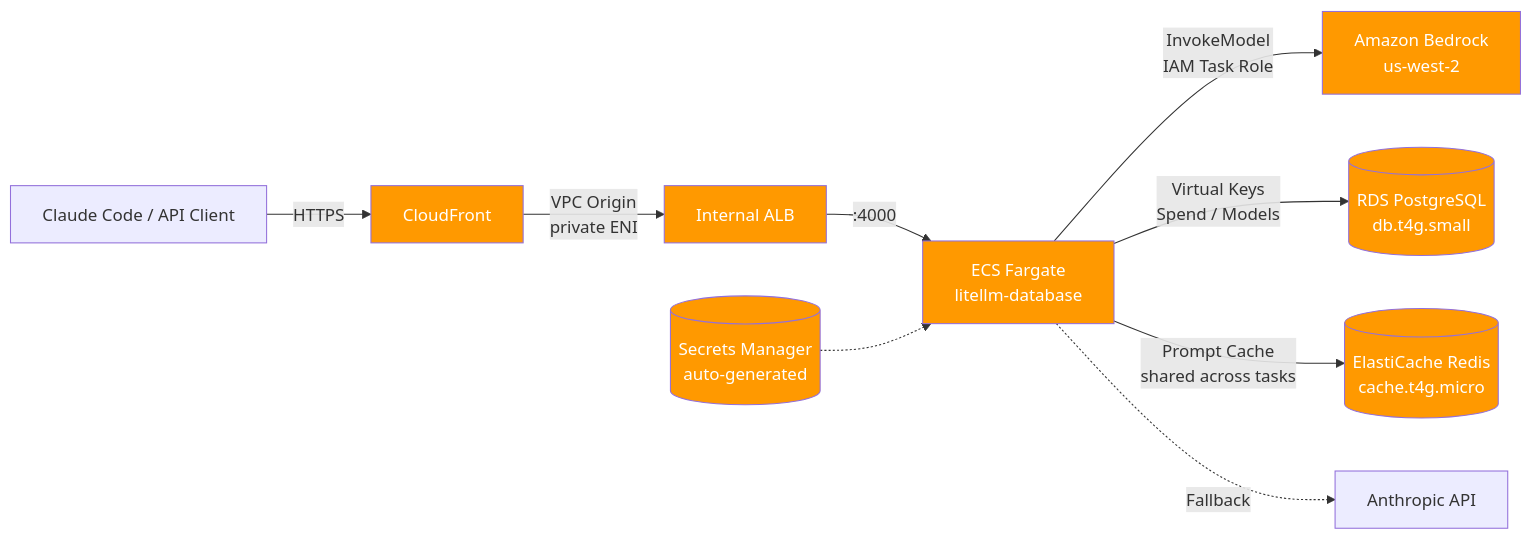
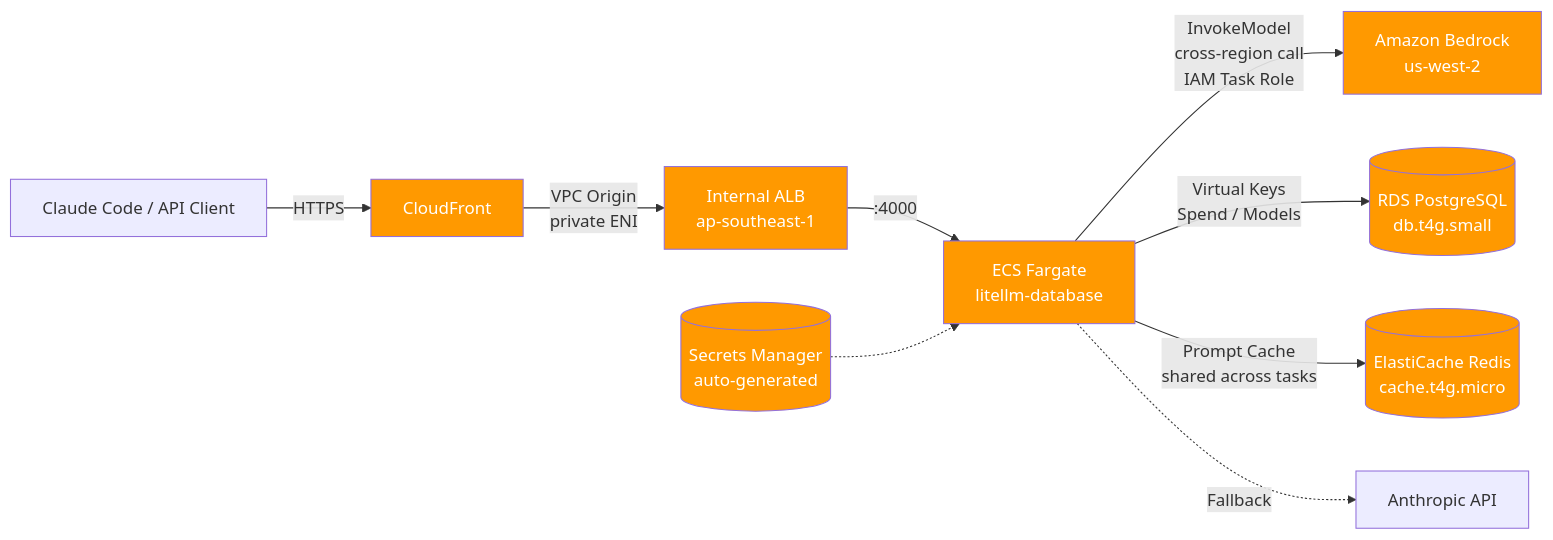
Before and after one commit to superyhee/litellm-bedrock-iac: the diagram in README.md, drawn with Mermaid. The commit also changed other lines of this file and 6 other files, not shown here.

First line of the commit message:
chore: update default region to ap-southeast-1 and improve credential retrieval

````diff
--- a/README.md
+++ b/README.md
@@ -9,14 +11,14 @@
 ```mermaid
 graph LR
     Dev[Claude Code / API Client] -->|HTTPS| CF[CloudFront]
-    CF -->|VPC Origin<br/>private ENI| ALB[Internal ALB]
+    CF -->|VPC Origin<br/>private ENI| ALB[Internal ALB<br/>ap-southeast-1]
     ALB -->|:4000| ECS[ECS Fargate<br/>litellm-database]
-    ECS -->|InvokeModel<br/>IAM Task Role| BR[Amazon Bedrock<br/>us-west-2]
+    ECS -->|InvokeModel<br/>cross-region call<br/>IAM Task Role| BR[Amazon Bedrock<br/>us-west-2]
     ECS -->|Virtual Keys<br/>Spend / Models| RDS[(RDS PostgreSQL<br/>db.t4g.small)]
     ECS -->|Prompt Cache<br/>shared across tasks| Redis[(ElastiCache Redis<br/>cache.t4g.micro)]
     ECS -.->|Fallback| AN[Anthropic API]
     SM[(Secrets Manager<br/>auto-generated)] -.-> ECS
 
     classDef aws fill:#FF9900,color:#fff
     class CF,ALB,ECS,BR,SM,RDS,Redis aws
 ```
````
